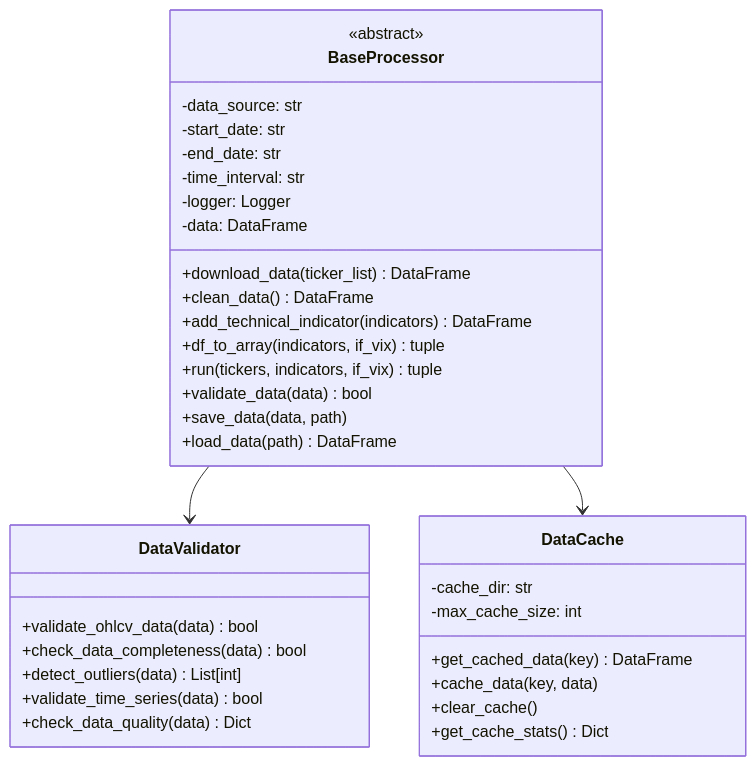
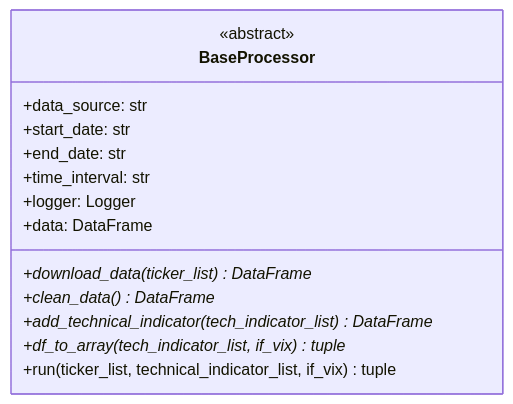
The second of 5 diagrams in docs/data_processing.md (cluster2600/ELVIS), drawn with Mermaid before and after one commit. The commit also changed other lines of this file and 60 other files, not shown here.

````diff
--- a/docs/data_processing.md
+++ b/docs/data_processing.md
@@ -103,40 +123,17 @@
 ```mermaid
 classDiagram
     class BaseProcessor {
         <<abstract>>
-        -data_source: str
-        -start_date: str
-        -end_date: str
-        -time_interval: str
-        -logger: Logger
-        -data: DataFrame
-        +download_data(ticker_list) DataFrame
-        +clean_data() DataFrame
-        +add_technical_indicator(indicators) DataFrame
-        +df_to_array(indicators, if_vix) tuple
-        +run(tickers, indicators, if_vix) tuple
-        +validate_data(data) bool
-        +save_data(data, path)
-        +load_data(path) DataFrame
+        +data_source: str
+        +start_date: str
+        +end_date: str
+        +time_interval: str
+        +logger: Logger
+        +data: DataFrame
+        +download_data(ticker_list)* DataFrame
+        +clean_data()* DataFrame
+        +add_technical_indicator(tech_indicator_list)* DataFrame
+        +df_to_array(tech_indicator_list, if_vix)* tuple
+        +run(ticker_list, technical_indicator_list, if_vix) tuple
     }
-    
-    class DataValidator {
-        +validate_ohlcv_data(data) bool
-        +check_data_completeness(data) bool
-        +detect_outliers(data) List[int]
-        +validate_time_series(data) bool
-        +check_data_quality(data) Dict
-    }
-    
-    class DataCache {
-        -cache_dir: str
-        -max_cache_size: int
-        +get_cached_data(key) DataFrame
-        +cache_data(key, data)
-        +clear_cache()
-        +get_cache_stats() Dict
-    }
-    
-    BaseProcessor --> DataValidator
-    BaseProcessor --> DataCache
 ```
````
